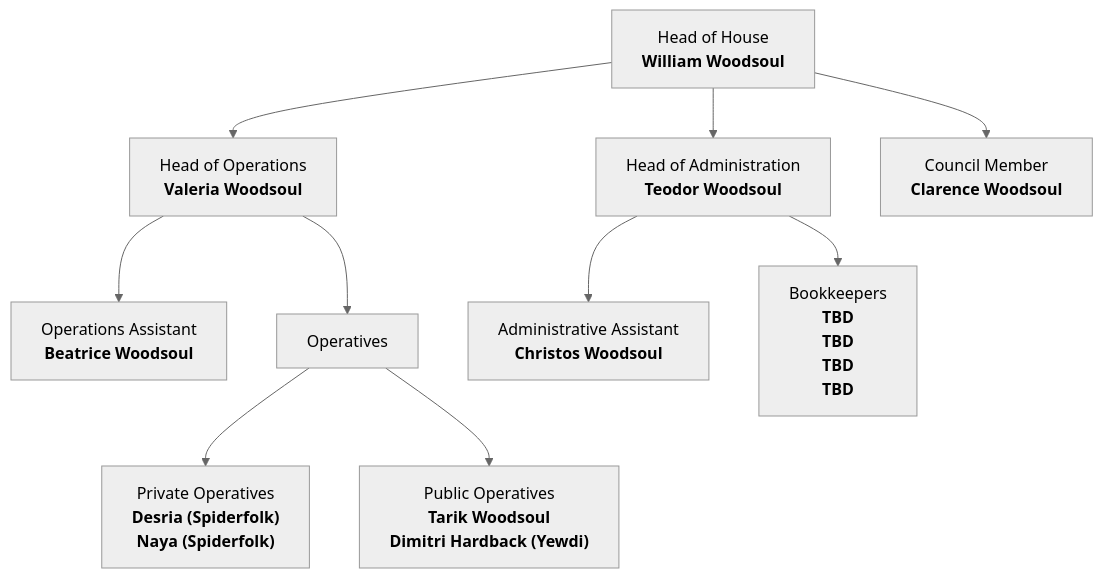
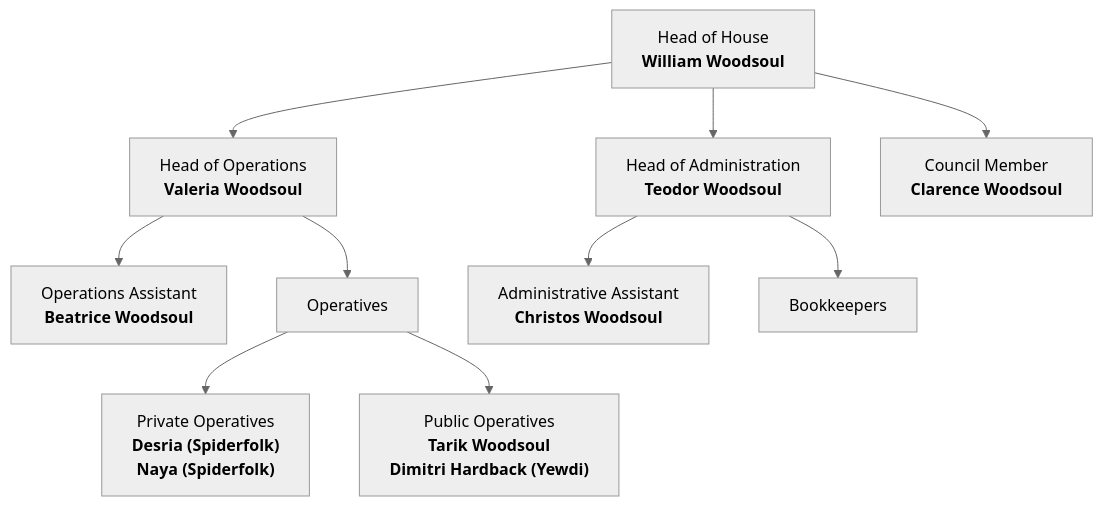
The diagram in content/Countries/Kingdom of Helva/Government/The House of Affairs.md (micoxion/AttoviaWiki), drawn with Mermaid (neutral theme) before and after one commit. The commit also changed other lines of this file and 23 other files, not shown here.

````diff
--- a/content/Countries/Kingdom of Helva/Government/The House of Affairs.md
+++ b/content/Countries/Kingdom of Helva/Government/The House of Affairs.md
@@ -2,12 +8,12 @@
 ```mermaid
 graph TD;
 	A[Head of House\n<b>William Woodsoul</b>]-->B[Head of Operations\n<b>Valeria Woodsoul</b>]
 	A-->C[Head of Administration\n<b>Teodor Woodsoul</b>]
 	A-->D["Council Member\n<b>Clarence Woodsoul</b>"]
 	B-->E["Operations Assistant\n<b>Beatrice Woodsoul</b>"]
 	B-->F[Operatives]
 	F-->G["Private Operatives\n<b>Desria (Spiderfolk)</b>\n<b>Naya (Spiderfolk)"]
 	F-->H["Public Operatives\n<b>Tarik Woodsoul</b>\n<b>Dimitri Hardback (Yewdi)</b>"]
 	C-->I[Administrative Assistant\n<b>Christos Woodsoul]
-	C-->J[Bookkeepers\n<b>TBD</b>\n<b>TBD</b>\n<b>TBD</b>\n<b>TBD</b>]
+	C-->J[Bookkeepers]
 ```
````
